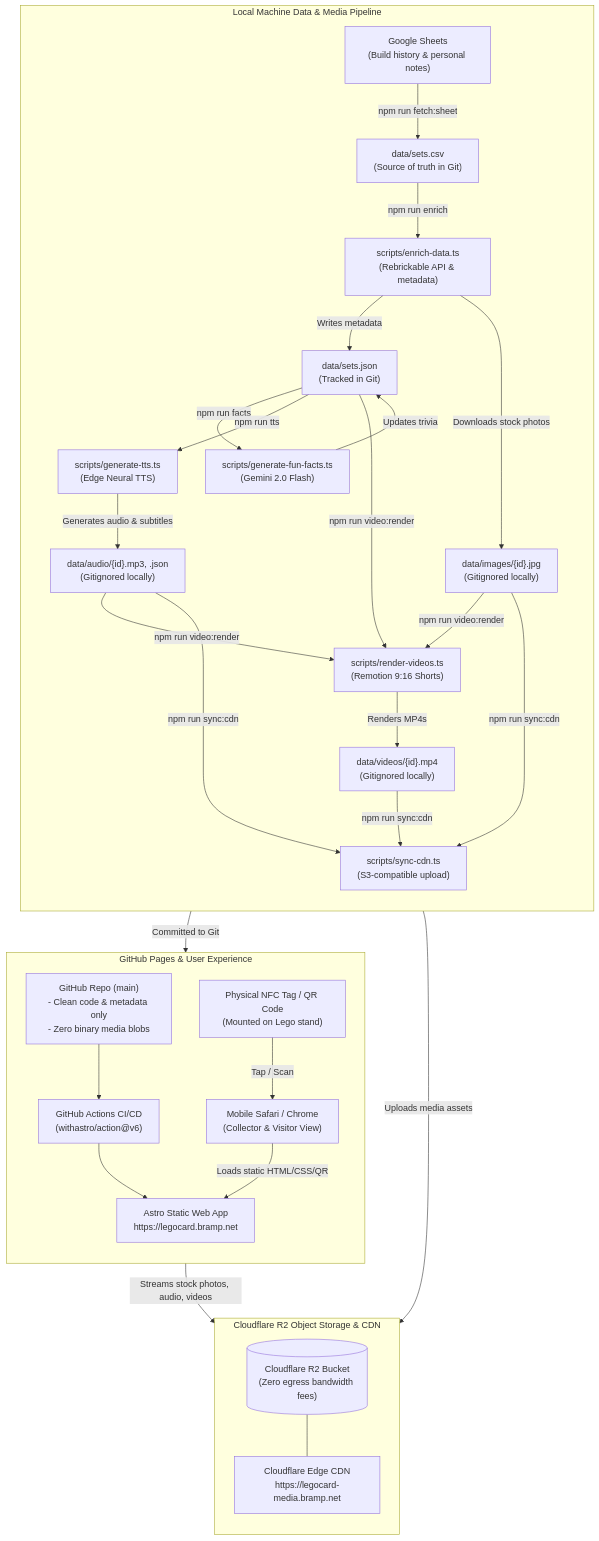
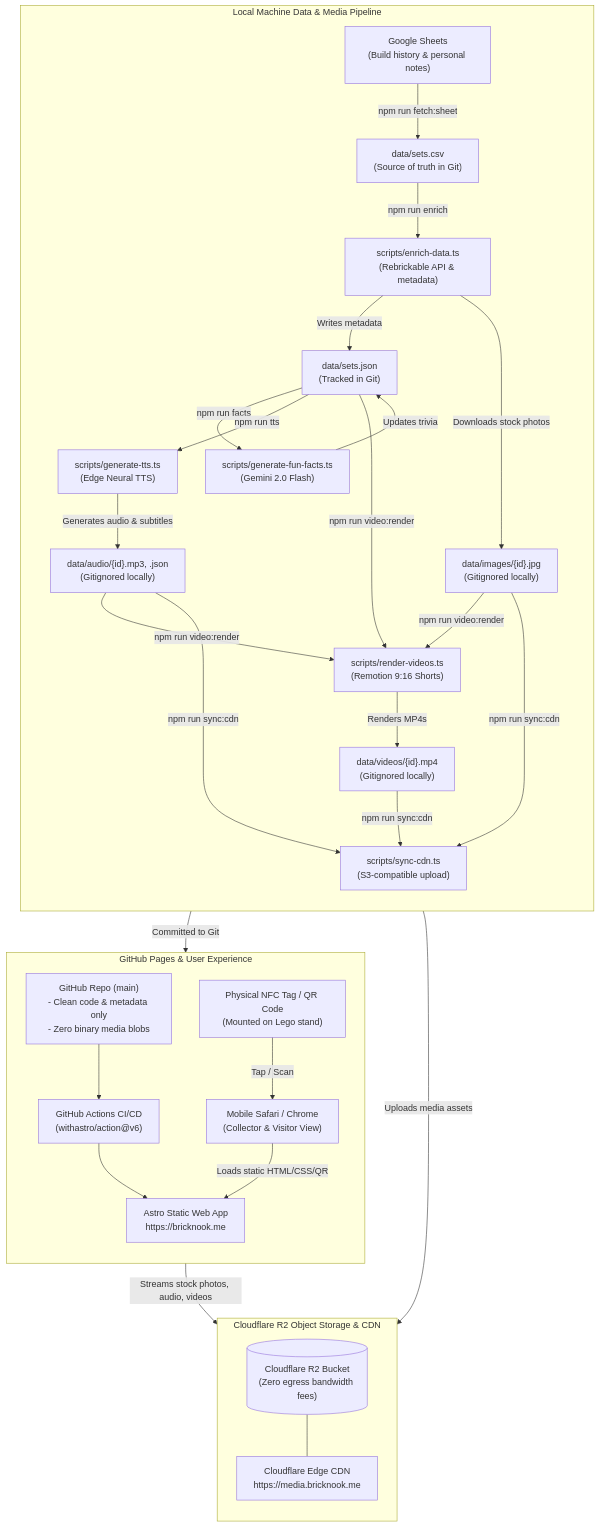
The diagram in DESIGN.md (bramp/legocard), drawn with Mermaid before and after one commit. The commit also changed other lines of this file and 20 other files, not shown here.

````diff
--- a/DESIGN.md
+++ b/DESIGN.md
@@ -16,45 +16,45 @@
 ```mermaid
 flowchart TB
     subgraph LocalPipeline["Local Machine Data & Media Pipeline"]
         direction TB
         Sheet["Google Sheets<br/>(Build history & personal notes)"] -->|"npm run fetch:sheet"| CSV["data/sets.csv<br/>(Source of truth in Git)"]
         CSV -->|"npm run enrich"| Enrich["scripts/enrich-data.ts<br/>(Rebrickable API & metadata)"]
         Enrich -->|"Writes metadata"| JSON["data/sets.json<br/>(Tracked in Git)"]
         Enrich -->|"Downloads stock photos"| ImgDir["data/images/{id}.jpg<br/>(Gitignored locally)"]
         
         JSON -->|"npm run facts"| Facts["scripts/generate-fun-facts.ts<br/>(Gemini 2.0 Flash)"]
         Facts -->|"Updates trivia"| JSON
 
         JSON -->|"npm run tts"| TTS["scripts/generate-tts.ts<br/>(Edge Neural TTS)"]
         TTS -->|"Generates audio & subtitles"| AudioDir["data/audio/{id}.mp3, .json<br/>(Gitignored locally)"]
 
         JSON & ImgDir & AudioDir -->|"npm run video:render"| Remotion["scripts/render-videos.ts<br/>(Remotion 9:16 Shorts)"]
         Remotion -->|"Renders MP4s"| VideoDir["data/videos/{id}.mp4<br/>(Gitignored locally)"]
 
         ImgDir & AudioDir & VideoDir -->|"npm run sync:cdn"| SyncScript["scripts/sync-cdn.ts<br/>(S3-compatible upload)"]
     end
 
     subgraph CDNStorage["Cloudflare R2 Object Storage & CDN"]
         direction TB
         R2Bucket[("Cloudflare R2 Bucket<br/>(Zero egress bandwidth fees)")]
-        EdgeCDN["Cloudflare Edge CDN<br/>https://legocard-media.bramp.net"]
+        EdgeCDN["Cloudflare Edge CDN<br/>https://media.bricknook.me"]
         R2Bucket --- EdgeCDN
     end
 
     subgraph GitHubPages["GitHub Pages & User Experience"]
         direction TB
         GitHubRepo["GitHub Repo (main)<br/>- Clean code & metadata only<br/>- Zero binary media blobs"]
         GHActions["GitHub Actions CI/CD<br/>(withastro/action@v6)"]
-        AstroSite["Astro Static Web App<br/>https://legocard.bramp.net"]
+        AstroSite["Astro Static Web App<br/>https://bricknook.me"]
         NFC["Physical NFC Tag / QR Code<br/>(Mounted on Lego stand)"]
         Mobile["Mobile Safari / Chrome<br/>(Collector & Visitor View)"]
 
         GitHubRepo --> GHActions --> AstroSite
         NFC -->|"Tap / Scan"| Mobile
         Mobile -->|"Loads static HTML/CSS/QR"| AstroSite
         Mobile -->|"Streams stock photos, audio, videos"| EdgeCDN
     end
 
     SyncScript -->|"Uploads media assets"| R2Bucket
     JSON -->|"Committed to Git"| GitHubRepo
 ```
````
